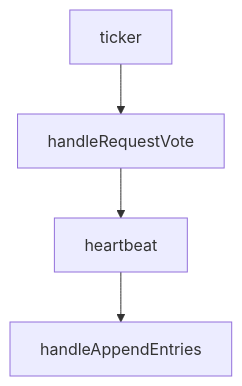
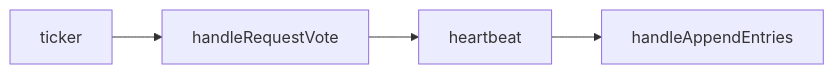
One commit to GentleCold/GentleCold.github.io changed the diagram in source/_posts/mit6824-note.md. Above: the diagram before and after it, drawn with Mermaid. The commit also changed other lines of this file and 1 other file, not shown here.

````diff
--- a/source/_posts/mit6824-note.md
+++ b/source/_posts/mit6824-note.md
@@ -133,4 +133,4 @@
 ```mermaid
-flowchart
+flowchart LR
     ticker --> handleRequestVote --> heartbeat --> handleAppendEntries
 ```
````
